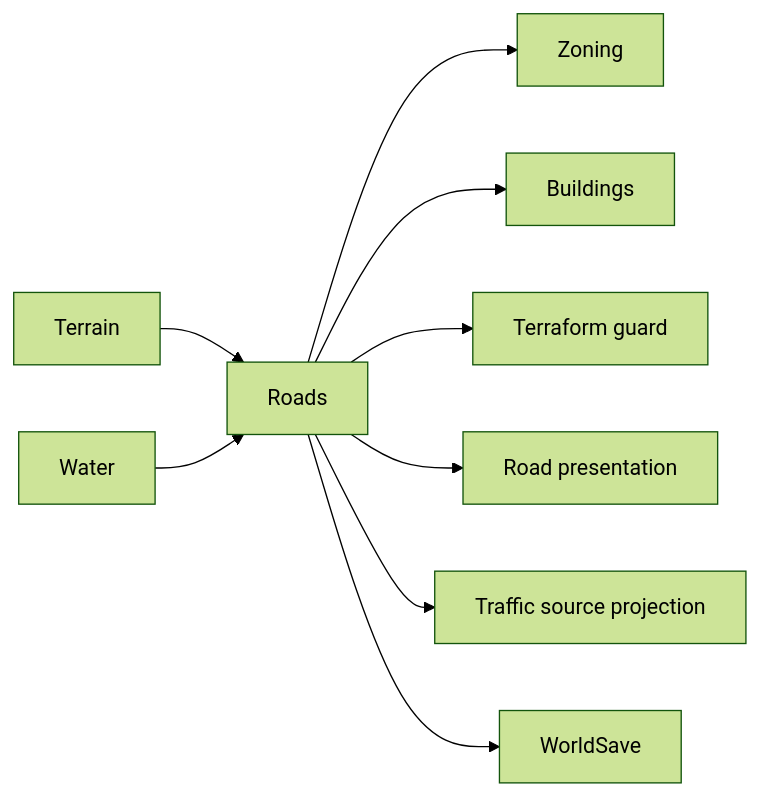
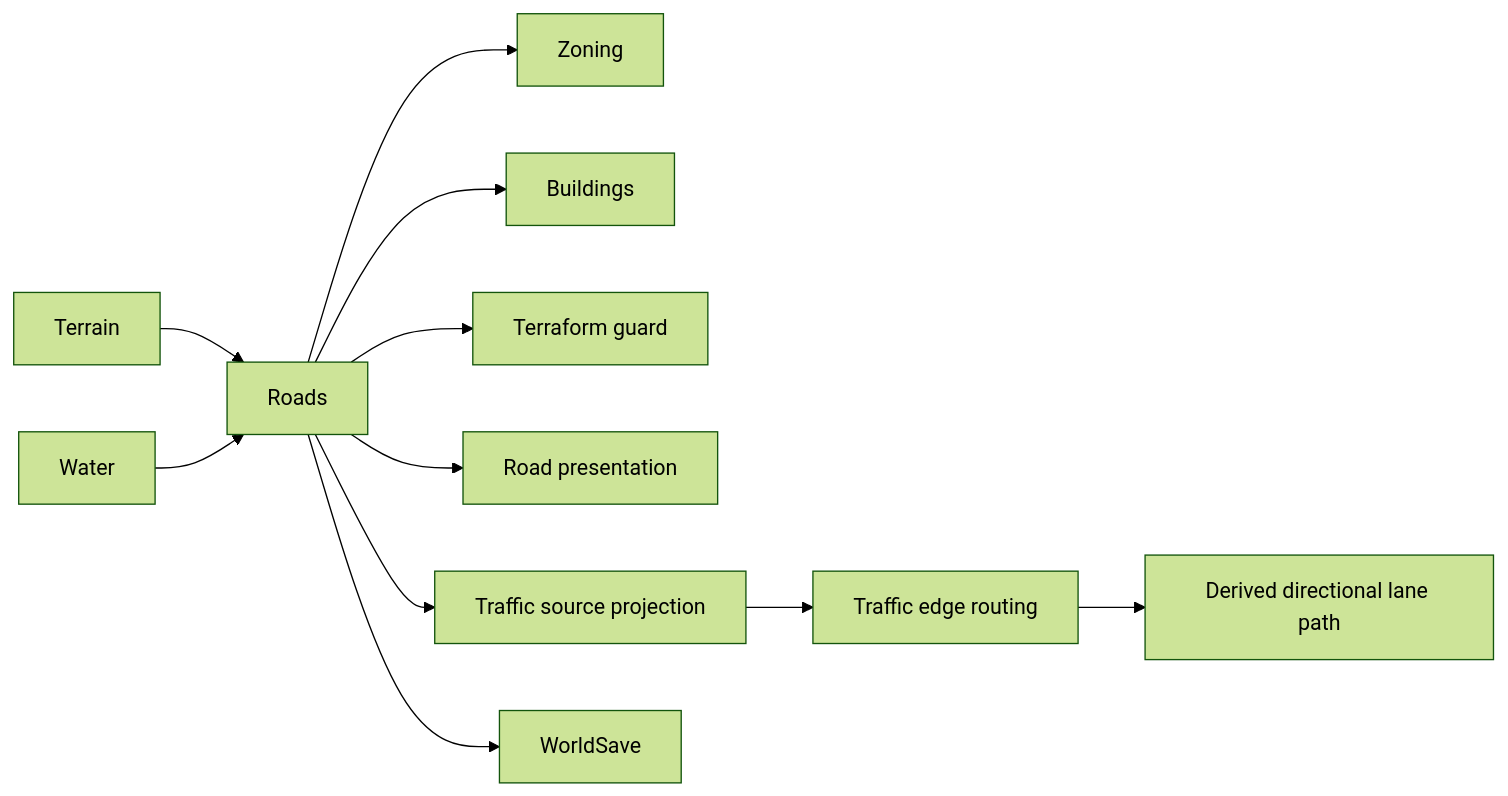
The diagram in docs/systems/roads/README.md (petechatchawan/web-three-city), drawn with Mermaid (forest theme) before and after one commit. The commit also changed other lines of this file, not shown here.

Commit message:
docs(roads): record PR3 lane-aware Traffic handoff

````diff
--- a/docs/systems/roads/README.md
+++ b/docs/systems/roads/README.md
@@ -72,11 +73,13 @@
 ```mermaid
 flowchart LR
   Terrain --> Roads
   Water --> Roads
   Roads --> Zoning
   Roads --> Buildings
   Roads --> TerraformGuard[Terraform guard]
   Roads --> RoadRenderer[Road presentation]
   Roads --> TrafficProjection[Traffic source projection]
+  TrafficProjection --> TrafficCore[Traffic edge routing]
+  TrafficCore --> LanePath[Derived directional lane path]
   Roads --> WorldSave
 ```
````
